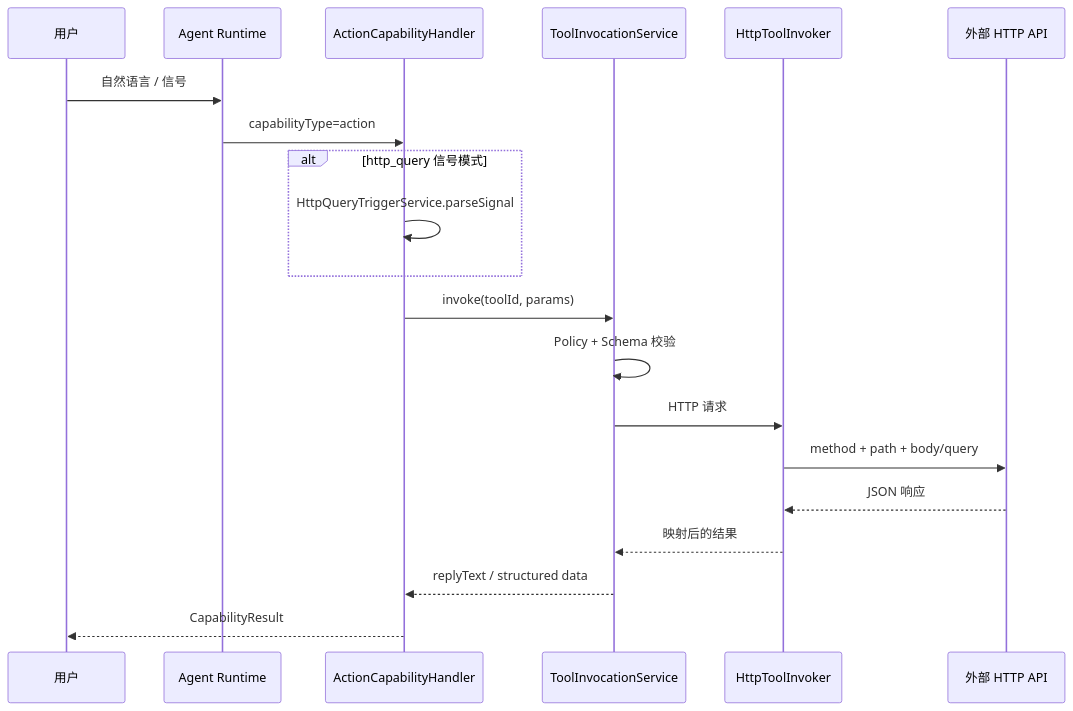
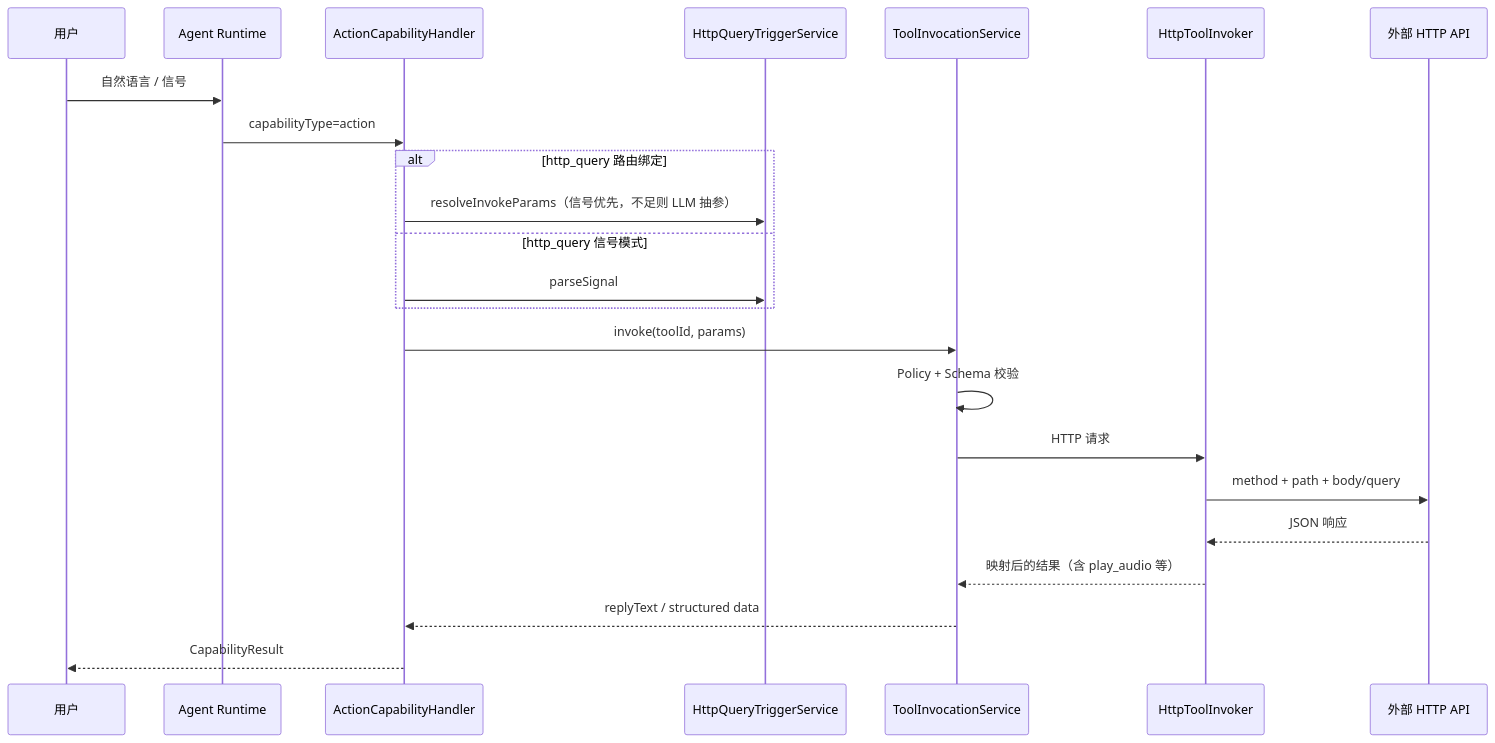
Before and after one commit to wangfeifei-xsd/shellder-agent: the diagram in project-analysis-v1-completed/capabilities/操作型能力.md, drawn with Mermaid. The commit also changed other lines of this file and 13 other files, not shown here.

````diff
--- a/project-analysis-v1-completed/capabilities/操作型能力.md
+++ b/project-analysis-v1-completed/capabilities/操作型能力.md
@@ -33,23 +34,26 @@
 ```mermaid
 sequenceDiagram
   participant U as 用户
   participant R as Agent Runtime
   participant A as ActionCapabilityHandler
+  participant T as HttpQueryTriggerService
   participant I as ToolInvocationService
   participant H as HttpToolInvoker
   participant X as 外部 HTTP API
 
   U->>R: 自然语言 / 信号
   R->>A: capabilityType=action
-  alt http_query 信号模式
-    A->>A: HttpQueryTriggerService.parseSignal
+  alt http_query 路由绑定
+    A->>T: resolveInvokeParams（信号优先，不足则 LLM 抽参）
+  else http_query 信号模式
+    A->>T: parseSignal
   end
   A->>I: invoke(toolId, params)
   I->>I: Policy + Schema 校验
   I->>H: HTTP 请求
   H->>X: method + path + body/query
   X-->>H: JSON 响应
-  H-->>I: 映射后的结果
+  H-->>I: 映射后的结果（含 play_audio 等）
   I-->>A: replyText / structured data
   A-->>U: CapabilityResult
 ```
````
